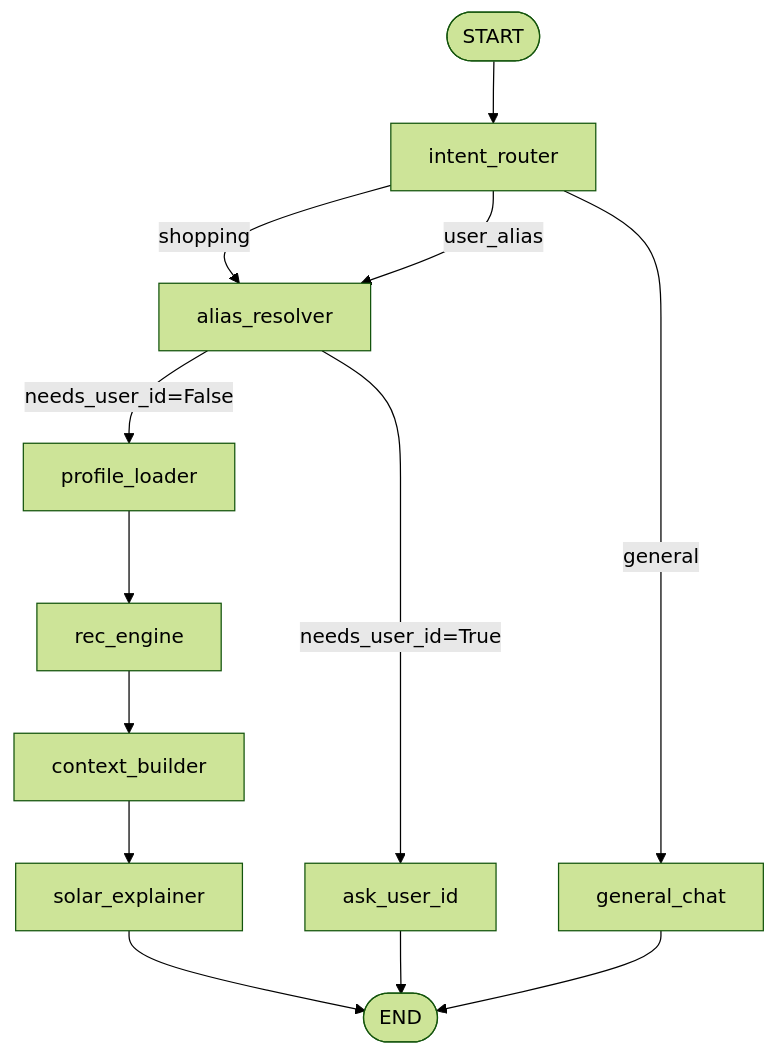
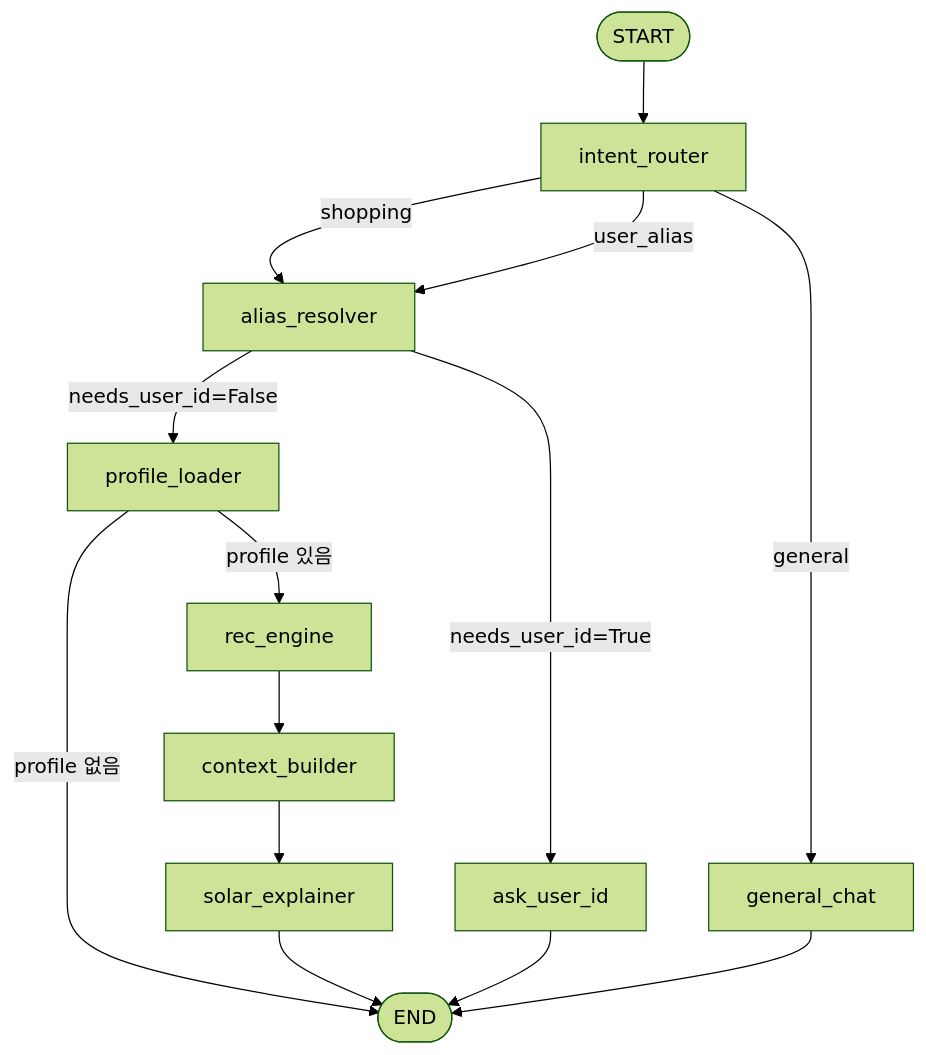
One commit to WanYoung-Oh/recsys changed the second of 2 diagrams in docs/LLM_Based_EC_RecSys_MVP.md. Above: the diagram before and after it, drawn with Mermaid (forest theme). The commit also changed other lines of this file and 2 other files, not shown here.

````diff
--- a/docs/LLM_Based_EC_RecSys_MVP.md
+++ b/docs/LLM_Based_EC_RecSys_MVP.md
@@ -529,18 +625,19 @@
 ```mermaid
 flowchart TD
   START([START]) --> intent_router
 
   intent_router -->|shopping| alias_resolver
   intent_router -->|user_alias| alias_resolver
   intent_router -->|general| general_chat
 
   alias_resolver -->|needs_user_id=False| profile_loader
   alias_resolver -->|needs_user_id=True| ask_user_id
-  profile_loader --> rec_engine
+  profile_loader -->|profile 있음| rec_engine
+  profile_loader -->|profile 없음| END
   rec_engine --> context_builder
   context_builder --> solar_explainer
   solar_explainer --> END([END])
 
   ask_user_id --> END
   general_chat --> END
 ```
````
